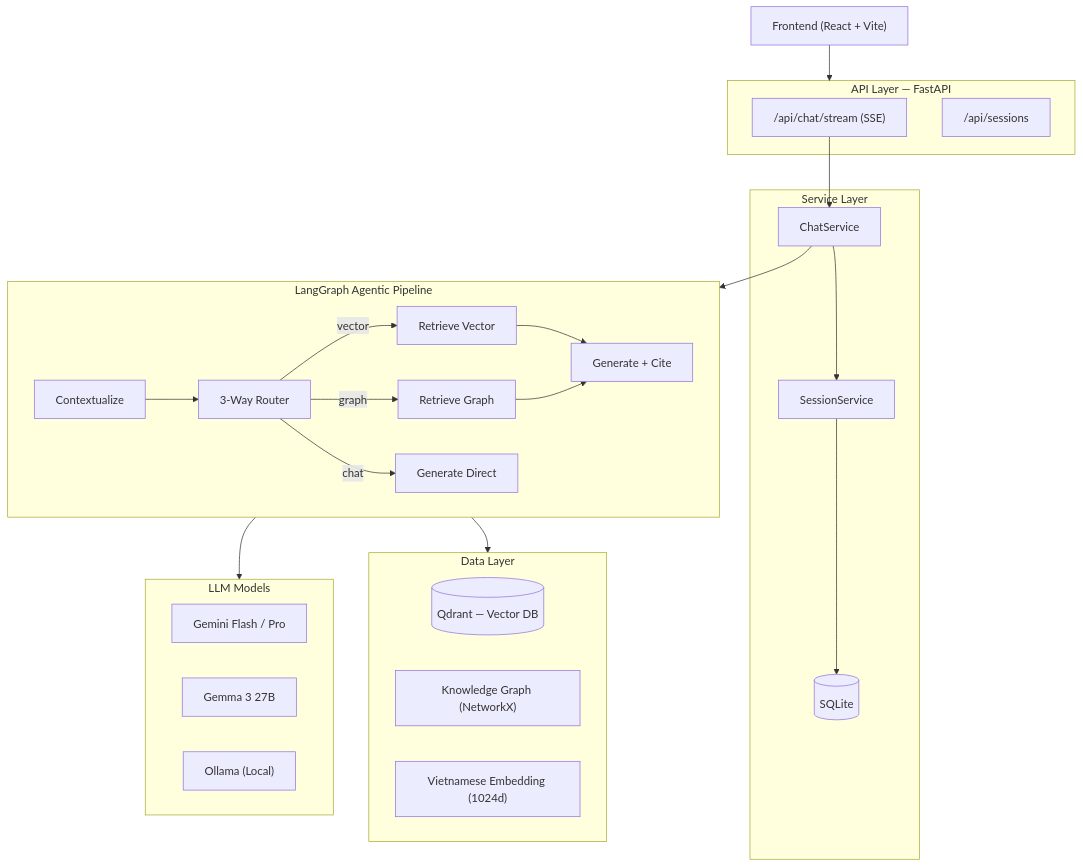
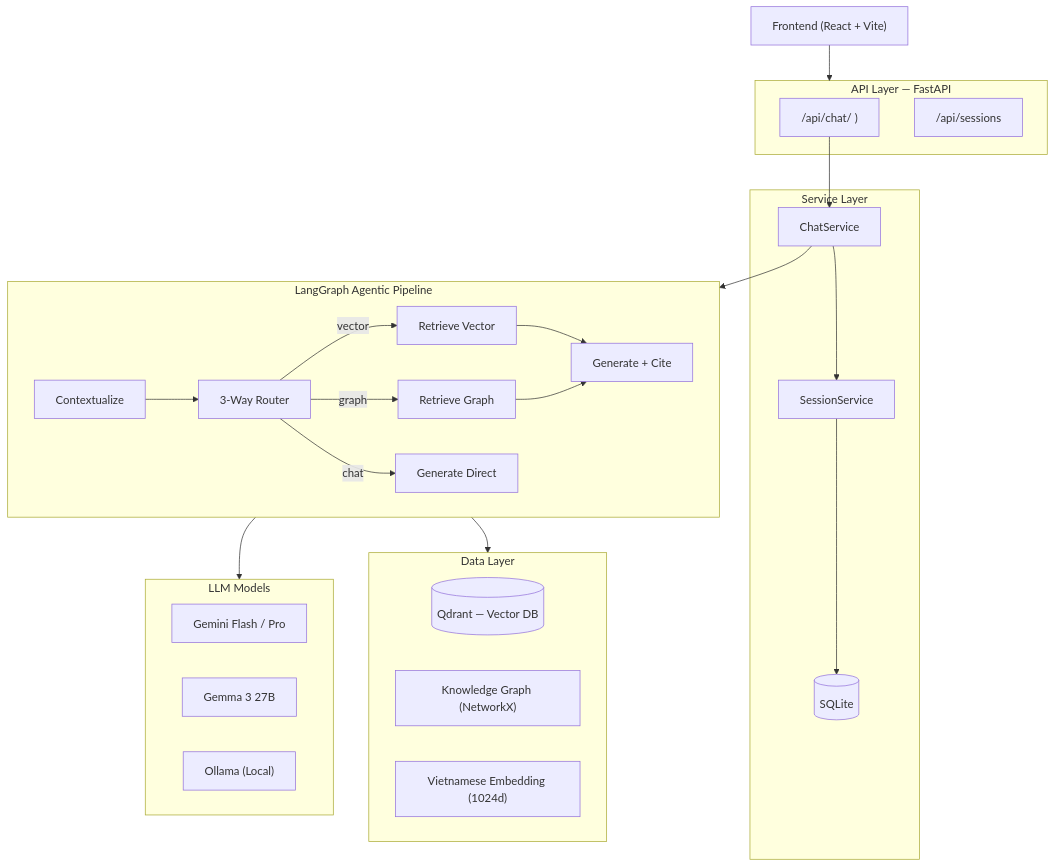
Before and after one commit to cakho6179/RagLaw: the first of 2 diagrams in README.md, drawn with Mermaid.

````diff
--- a/README.md
+++ b/README.md
@@ -92,41 +92,41 @@
 ```mermaid
 flowchart TB
     Client["Frontend (React + Vite)"] --> API
 
     subgraph API["API Layer — FastAPI"]
-        STREAM["/api/chat/stream (SSE)"]
+        STREAM["/api/chat/ )"]
         SESS["/api/sessions"]
     end
 
     subgraph Service["Service Layer"]
         CS["ChatService"] --> SS["SessionService"]
         SS --> DB[("SQLite")]
     end
 
     subgraph Pipeline["LangGraph Agentic Pipeline"]
         direction LR
         CTX["Contextualize"] --> ROUTE["3-Way Router"]
         ROUTE -->|vector| RV["Retrieve Vector"]
         ROUTE -->|graph| RG["Retrieve Graph"]
         ROUTE -->|chat| GD["Generate Direct"]
         RV --> GEN["Generate + Cite"]
         RG --> GEN
     end
 
     subgraph Data["Data Layer"]
         QD[("Qdrant — Vector DB")]
         KG["Knowledge Graph (NetworkX)"]
         EMB["Vietnamese Embedding (1024d)"]
     end
 
     subgraph LLMs["LLM Models"]
         GF["Gemini Flash / Pro"]
         GM["Gemma 3 27B"]
         OL["Ollama (Local)"]
     end
 
     STREAM --> CS
     CS --> Pipeline
     Pipeline --> Data
     Pipeline --> LLMs
 ```
````
